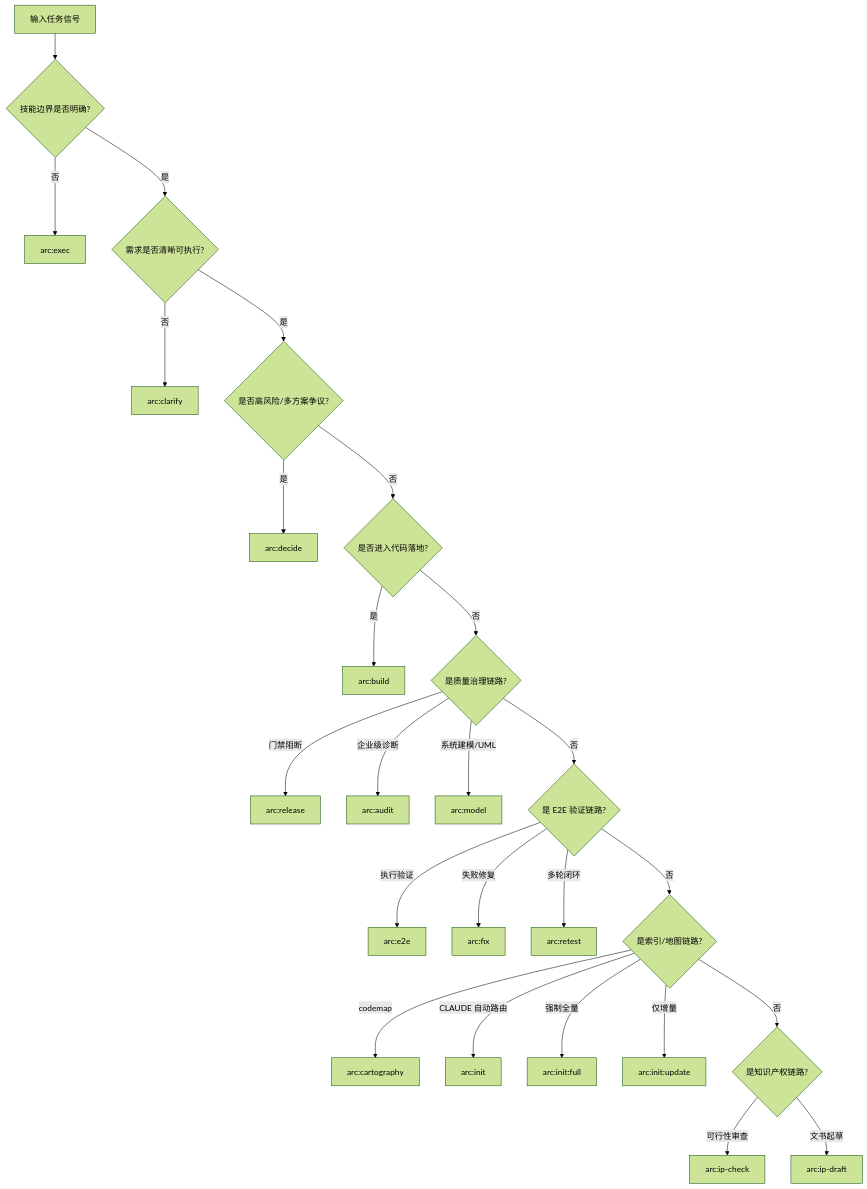
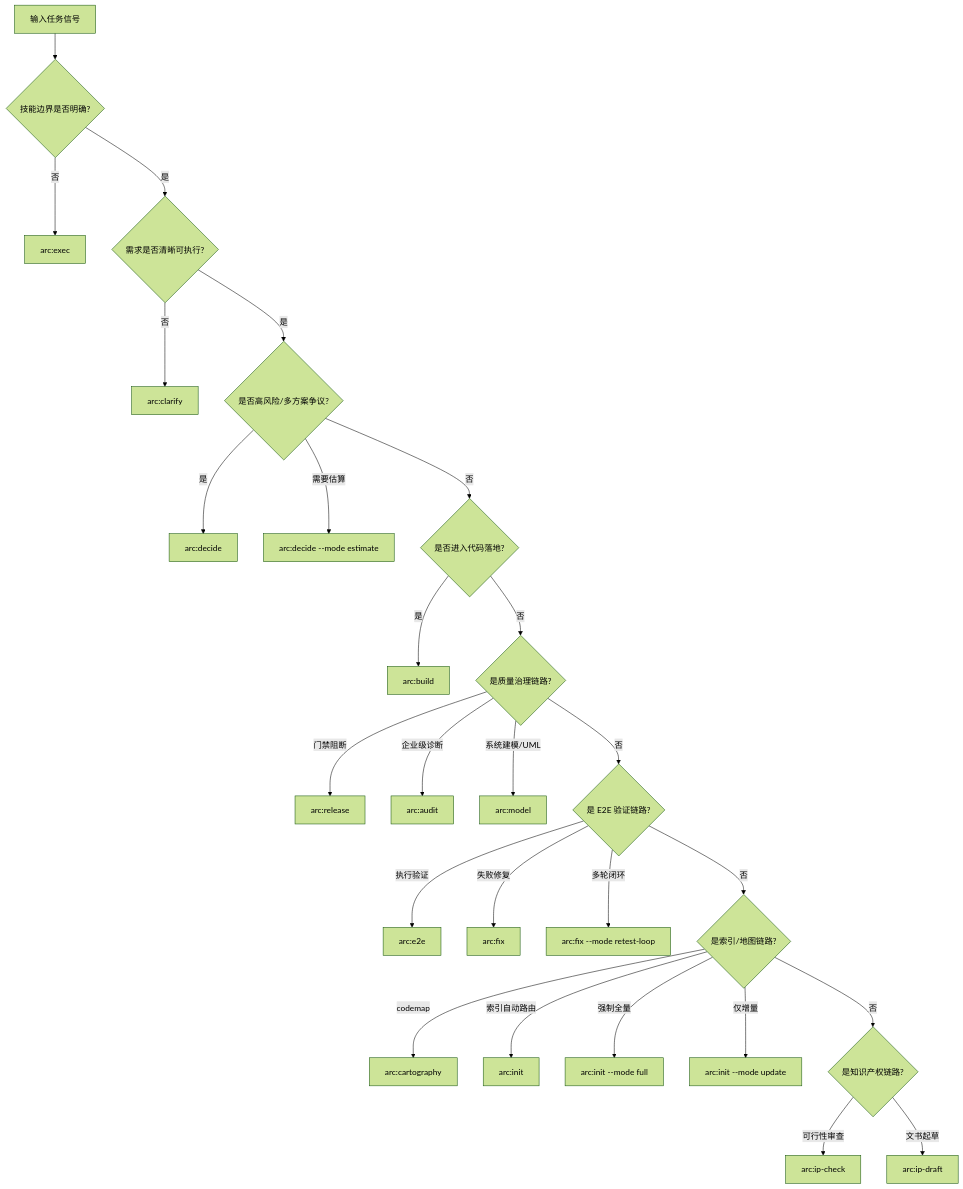
One commit to iwen-conf/Skills changed the diagram in docs/arc-routing-matrix.md. Above: the diagram before and after it, drawn with Mermaid (forest theme). The commit also changed other lines of this file and 27 other files, not shown here.

````diff
--- a/docs/arc-routing-matrix.md
+++ b/docs/arc-routing-matrix.md
@@ -28,27 +24,28 @@
 ```mermaid
 flowchart TD
     A["输入任务信号"] --> B{"技能边界是否明确?"}
     B -- "否" --> AG["arc:exec"]
     B -- "是" --> C{"需求是否清晰可执行?"}
     C -- "否" --> RF["arc:clarify"]
     C -- "是" --> D{"是否高风险/多方案争议?"}
     D -- "是" --> DL["arc:decide"]
+    D -- "需要估算" --> EST["arc:decide --mode estimate"]
     D -- "否" --> E{"是否进入代码落地?"}
     E -- "是" --> IM["arc:build"]
     E -- "否" --> F{"是质量治理链路?"}
     F -- "门禁阻断" --> GT["arc:release"]
     F -- "企业级诊断" --> RV["arc:audit"]
     F -- "系统建模/UML" --> UML["arc:model"]
     F -- "否" --> G{"是 E2E 验证链路?"}
     G -- "执行验证" --> SM["arc:e2e"]
     G -- "失败修复" --> TR["arc:fix"]
-    G -- "多轮闭环" --> LP["arc:retest"]
+    G -- "多轮闭环" --> LP["arc:fix --mode retest-loop"]
     G -- "否" --> H{"是索引/地图链路?"}
     H -- "codemap" --> CT["arc:cartography"]
-    H -- "CLAUDE 自动路由" --> IN["arc:init"]
-    H -- "强制全量" --> IF["arc:init:full"]
-    H -- "仅增量" --> IU["arc:init:update"]
+    H -- "索引自动路由" --> IN["arc:init"]
+    H -- "强制全量" --> IF["arc:init --mode full"]
+    H -- "仅增量" --> IU["arc:init --mode update"]
     H -- "否" --> I{"是知识产权链路?"}
     I -- "可行性审查" --> IA["arc:ip-check"]
     I -- "文书起草" --> ID["arc:ip-draft"]
 ```
````
